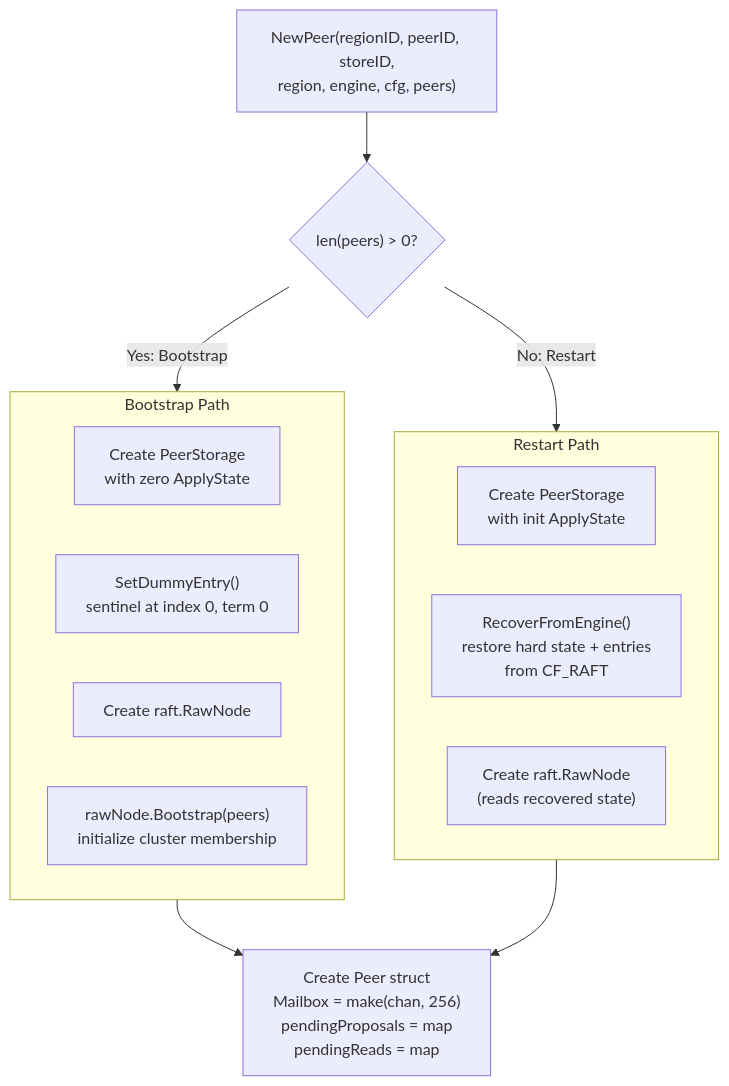
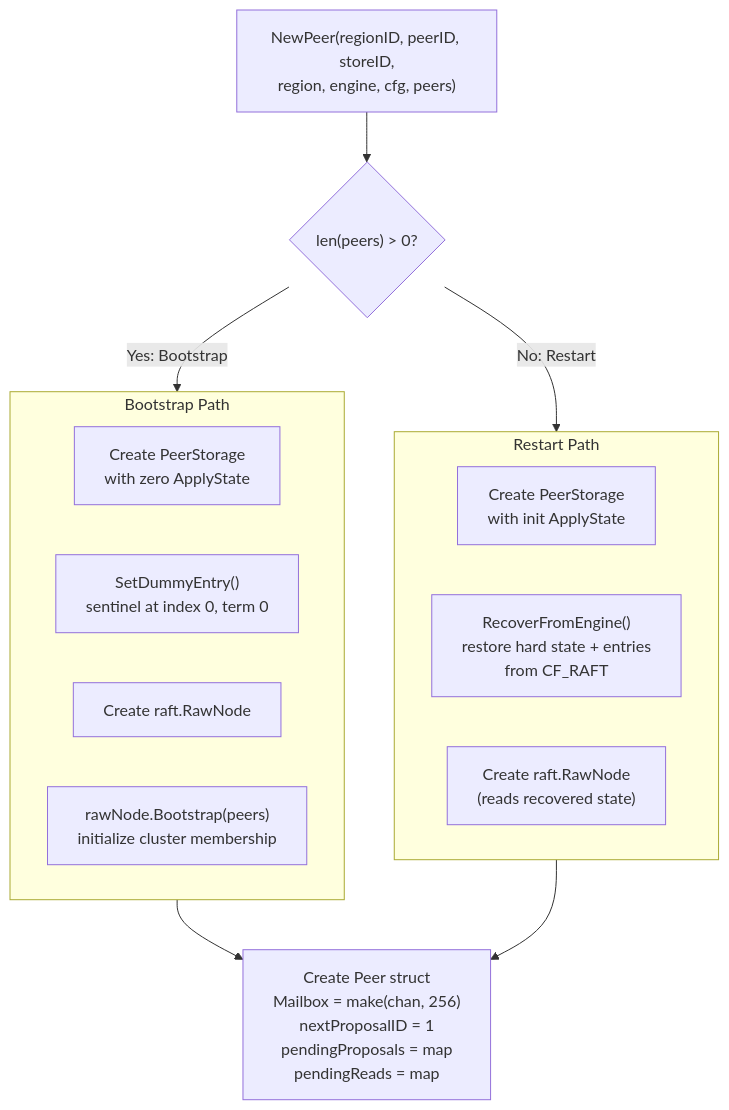
The sixth of 17 diagrams in gookv-design/03_raft_consensus.md (ryogrid/gookvs), drawn with Mermaid before and after one commit. The commit also changed other lines of this file and 17 other files, not shown here.

````diff
--- a/gookv-design/03_raft_consensus.md
+++ b/gookv-design/03_raft_consensus.md
@@ -556,27 +601,27 @@
 ```mermaid
 flowchart TD
     Start["NewPeer(regionID, peerID, storeID,<br/>region, engine, cfg, peers)"]
 
     Start --> Check{"len(peers) > 0?"}
 
     Check -->|"Yes: Bootstrap"| Bootstrap
     Check -->|"No: Restart"| Restart
 
     subgraph Bootstrap ["Bootstrap Path"]
         B1["Create PeerStorage<br/>with zero ApplyState"]
         B2["SetDummyEntry()<br/>sentinel at index 0, term 0"]
         B3["Create raft.RawNode"]
         B4["rawNode.Bootstrap(peers)<br/>initialize cluster membership"]
     end
 
     subgraph Restart ["Restart Path"]
         R1["Create PeerStorage<br/>with init ApplyState"]
         R2["RecoverFromEngine()<br/>restore hard state + entries<br/>from CF_RAFT"]
         R3["Create raft.RawNode<br/>(reads recovered state)"]
     end
 
     Bootstrap --> CreatePeer
     Restart --> CreatePeer
 
-    CreatePeer["Create Peer struct<br/>Mailbox = make(chan, 256)<br/>pendingProposals = map<br/>pendingReads = map"]
+    CreatePeer["Create Peer struct<br/>Mailbox = make(chan, 256)<br/>nextProposalID = 1<br/>pendingProposals = map<br/>pendingReads = map"]
 ```
````
